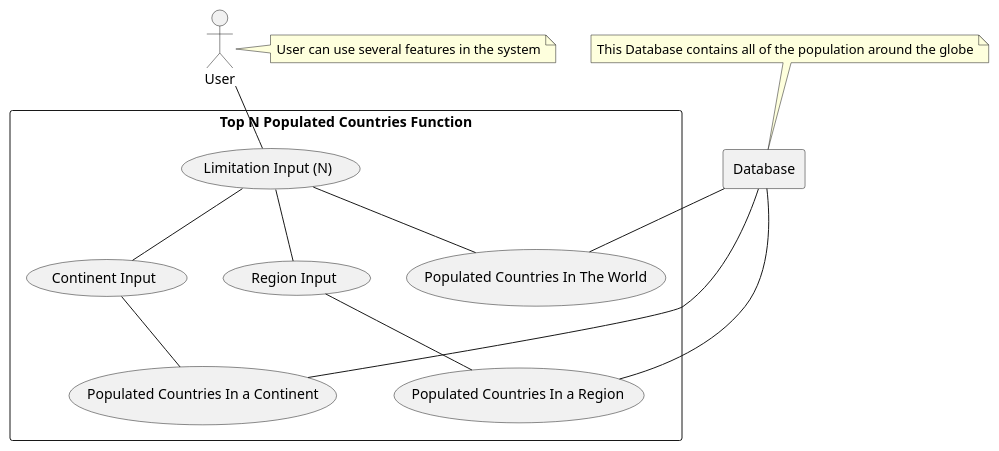
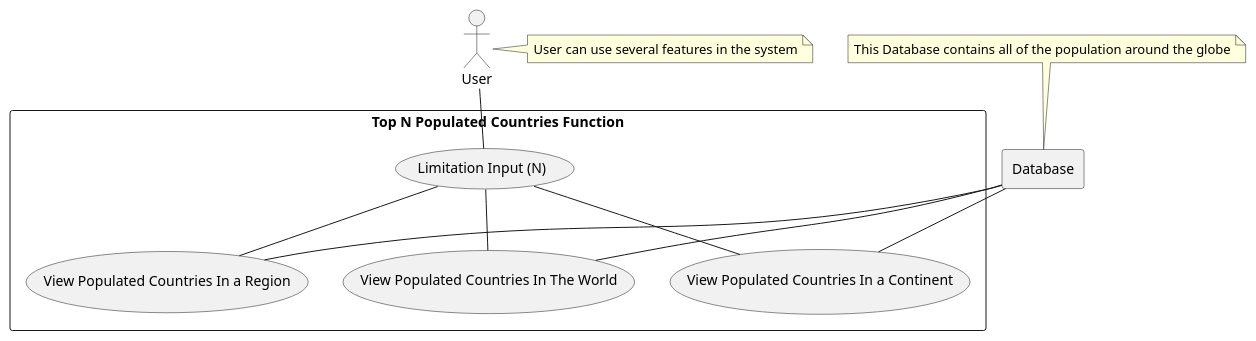
The diagram in use-cases/TopNPouplatedCountriesFunction.puml (40437404/DevOps_SET09623), drawn with PlantUML before and after one commit. The commit also changed 9 other files, not shown here.

Commit message:
UseCase Diagrams Updated

```diff
--- a/use-cases/TopNPouplatedCountriesFunction.puml
+++ b/use-cases/TopNPouplatedCountriesFunction.puml
@@ -1,24 +1,20 @@
 @startuml
 actor user as "User"
 note right of user: User can use several features in the system
 rectangle db as "Database"
 note top of db: This Database contains all of the population around the globe
 rectangle "Top N Populated Countries Function"{
     usecase input as "Limitation Input (N)"
-    usecase continent as "Continent Input"
-    usecase region as "Region Input"
-    usecase PC1 as "Populated Countries In The World"
-    usecase PC2 as "Populated Countries In a Continent"
-    usecase PC3 as "Populated Countries In a Region"
+    usecase PC1 as "View Populated Countries In The World"
+    usecase PC2 as "View Populated Countries In a Continent"
+    usecase PC3 as "View Populated Countries In a Region"
     db -- PC1
     db -- PC2
     db -- PC3
 }
 user -- input
 input -- PC1
-input -- continent
-input -- region
-continent -- PC2
-region -- PC3
+input -- PC3
+input -- PC2
 
 @enduml
```
